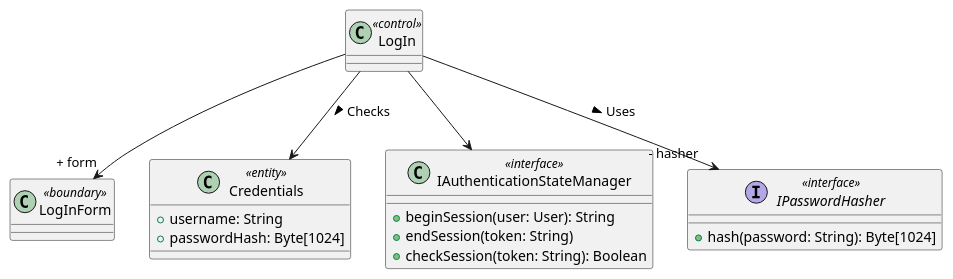
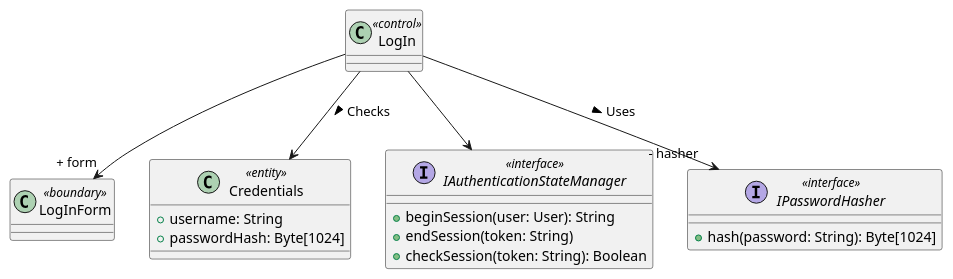
Before and after one commit to bmb0136/COMP-3700-Project: the second of 2 diagrams in Use Cases/LogIn.iuml, drawn with PlantUML.

Commit message:
fix IASM using wrong icon

```diff
--- a/Use Cases/LogIn.iuml
+++ b/Use Cases/LogIn.iuml
@@ -28,20 +28,20 @@
 @startuml Log In Object Model
 class LogIn <<control>> {}
 class LogInForm <<boundary>> {}
 class Credentials <<entity>> {
   + username: String
   + passwordHash: Byte[1024]
 }
-class IAuthenticationStateManager <<interface>> {
+interface IAuthenticationStateManager <<interface>> {
   + beginSession(user: User): String
   + endSession(token: String)
   + checkSession(token: String): Boolean
 }
 interface IPasswordHasher <<interface>> {
   + hash(password: String): Byte[1024]
 }
 LogIn --> "+ form" LogInForm
 LogIn --> Credentials : Checks >
 LogIn --> "- hasher" IPasswordHasher : Uses >
 LogIn --> IAuthenticationStateManager
 @enduml
```
